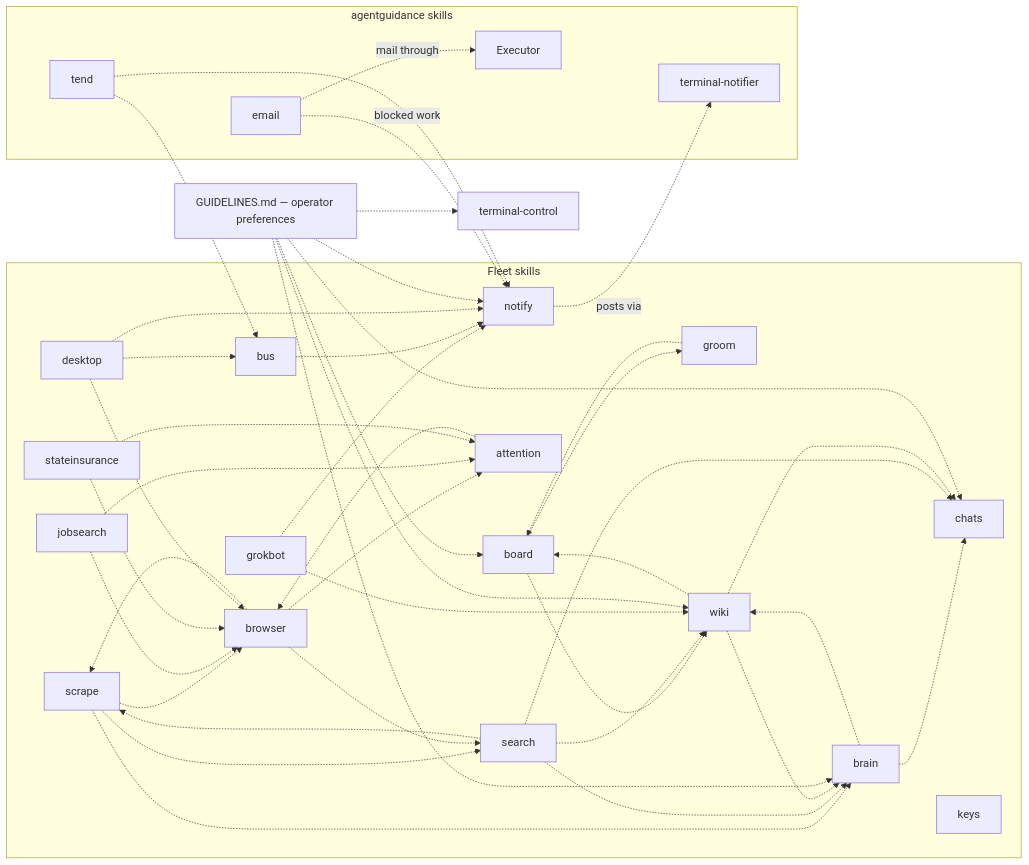
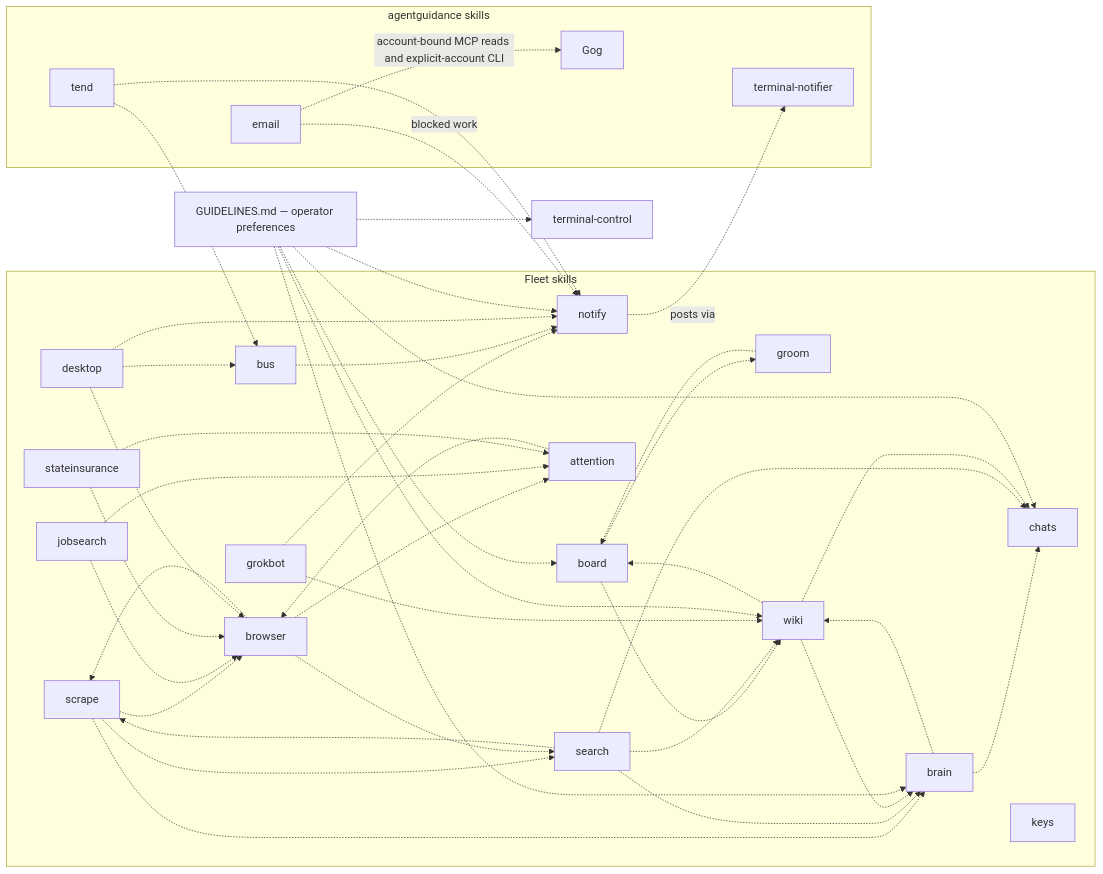
Before and after one commit to possibilities/agentstart: the third of 3 diagrams in skills/fleet/MAP.md, drawn with Mermaid. The commit also changed other lines of this file and 33 other files, not shown here.

````diff
--- a/skills/fleet/MAP.md
+++ b/skills/fleet/MAP.md
@@ -134,33 +136,33 @@
 ```mermaid
 flowchart LR
     subgraph fleetSkills [Fleet skills]
         board -.-> groom & wiki
         groom -.-> board
         brain -.-> chats & wiki
         scrape -.-> brain & browser & search
         search -.-> brain & chats & scrape & wiki
         browser -.-> attention & scrape & search
         attention -.-> browser
         jobsearch -.-> attention & browser
         stateinsurance -.-> attention & browser
         wiki -.-> board & brain & chats
         desktop -.-> browser & bus
         grokbot -.-> notify & wiki
         chats
         keys
         bus
     end
 
     subgraph guidanceSkills [agentguidance skills]
         notify -.->|posts via| notifierCli[terminal-notifier]
-        email -.->|mail through| executor[Executor]
+        email -.->|account-bound MCP reads and explicit-account CLI| gog[Gog]
         email -.->|blocked work| notify
         tend[tend] -.-> notify
         tend -.-> bus
     end
 
     bus -.-> notify
     desktop -.-> notify
 
     guidelines[GUIDELINES.md — operator preferences] -.-> brain & chats & board & notify & wiki & terminalControl[terminal-control]
 ```
````
